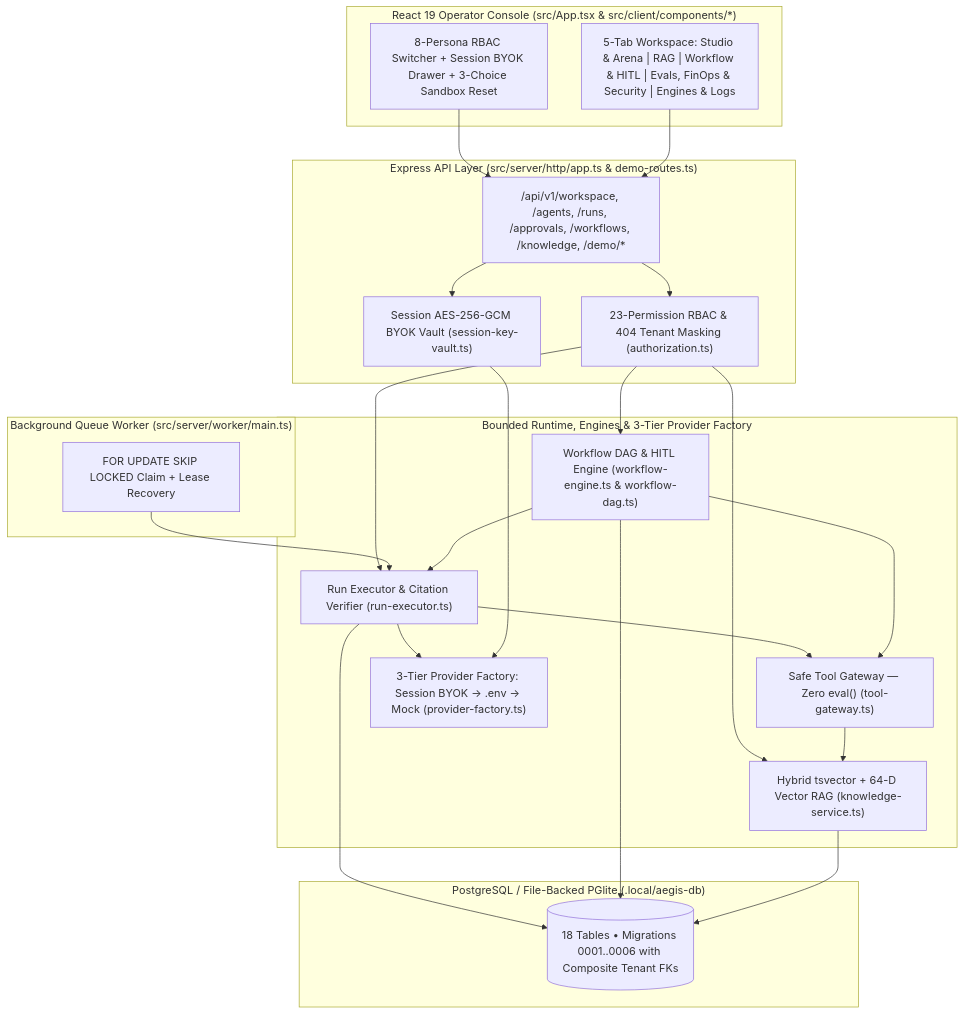
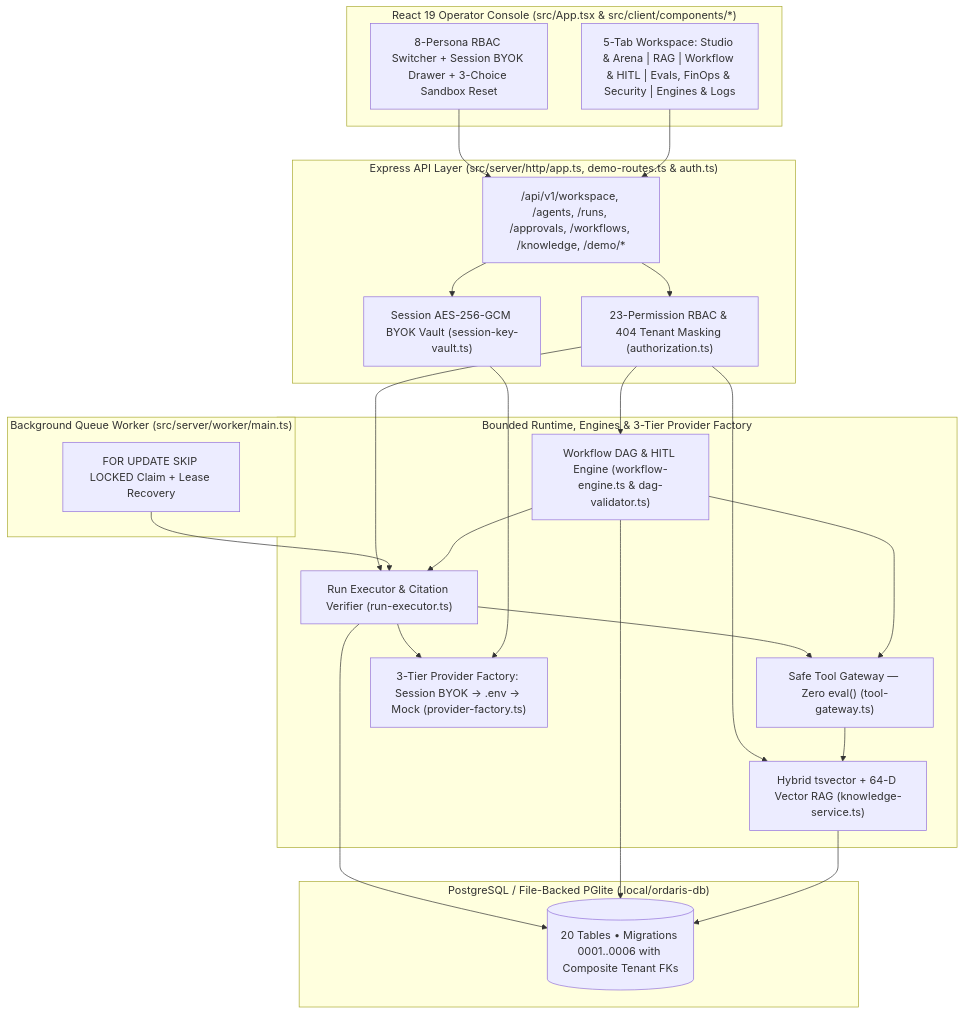
One commit to KratX/multi-ai-agent-orchestration changed the first of 2 diagrams in docs/architecture.md. Above: the diagram before and after it, drawn with Mermaid. The commit also changed other lines of this file and 25 other files, not shown here.

````diff
--- a/docs/architecture.md
+++ b/docs/architecture.md
@@ -27,39 +27,39 @@
 ```mermaid
 flowchart TB
   subgraph Client["React 19 Operator Console (src/App.tsx & src/client/components/*)"]
     HEADER["8-Persona RBAC Switcher + Session BYOK Drawer + 3-Choice Sandbox Reset"]
     TABS["5-Tab Workspace: Studio & Arena | RAG | Workflow & HITL | Evals, FinOps & Security | Engines & Logs"]
   end
 
-  subgraph API["Express API Layer (src/server/http/app.ts & demo-routes.ts)"]
+  subgraph API["Express API Layer (src/server/http/app.ts, demo-routes.ts & auth.ts)"]
     ROUTES["/api/v1/workspace, /agents, /runs, /approvals, /workflows, /knowledge, /demo/*"]
     AUTHZ["23-Permission RBAC & 404 Tenant Masking (authorization.ts)"]
     VAULT["Session AES-256-GCM BYOK Vault (session-key-vault.ts)"]
   end
 
   subgraph Worker["Background Queue Worker (src/server/worker/main.ts)"]
     CLAIM["FOR UPDATE SKIP LOCKED Claim + Lease Recovery"]
   end
 
   subgraph Domain["Bounded Runtime, Engines & 3-Tier Provider Factory"]
     EXEC["Run Executor & Citation Verifier (run-executor.ts)"]
-    DAG["Workflow DAG & HITL Engine (workflow-engine.ts & workflow-dag.ts)"]
+    DAG["Workflow DAG & HITL Engine (workflow-engine.ts & dag-validator.ts)"]
     TOOLS["Safe Tool Gateway — Zero eval() (tool-gateway.ts)"]
     RAG["Hybrid tsvector + 64-D Vector RAG (knowledge-service.ts)"]
     FACTORY["3-Tier Provider Factory: Session BYOK -> .env -> Mock (provider-factory.ts)"]
   end
 
-  subgraph Persistence["PostgreSQL / File-Backed PGlite (.local/aegis-db)"]
-    PG[("18 Tables • Migrations 0001..0006 with Composite Tenant FKs")]
+  subgraph Persistence["PostgreSQL / File-Backed PGlite (.local/ordaris-db)"]
+    PG[("20 Tables • Migrations 0001..0006 with Composite Tenant FKs")]
   end
 
   HEADER & TABS --> ROUTES
   ROUTES --> AUTHZ & VAULT
   AUTHZ --> EXEC & DAG & RAG
   CLAIM --> EXEC
   EXEC --> TOOLS & FACTORY & PG
   VAULT --> FACTORY
   DAG --> EXEC & TOOLS & PG
   TOOLS --> RAG
   RAG --> PG
 ```
````
